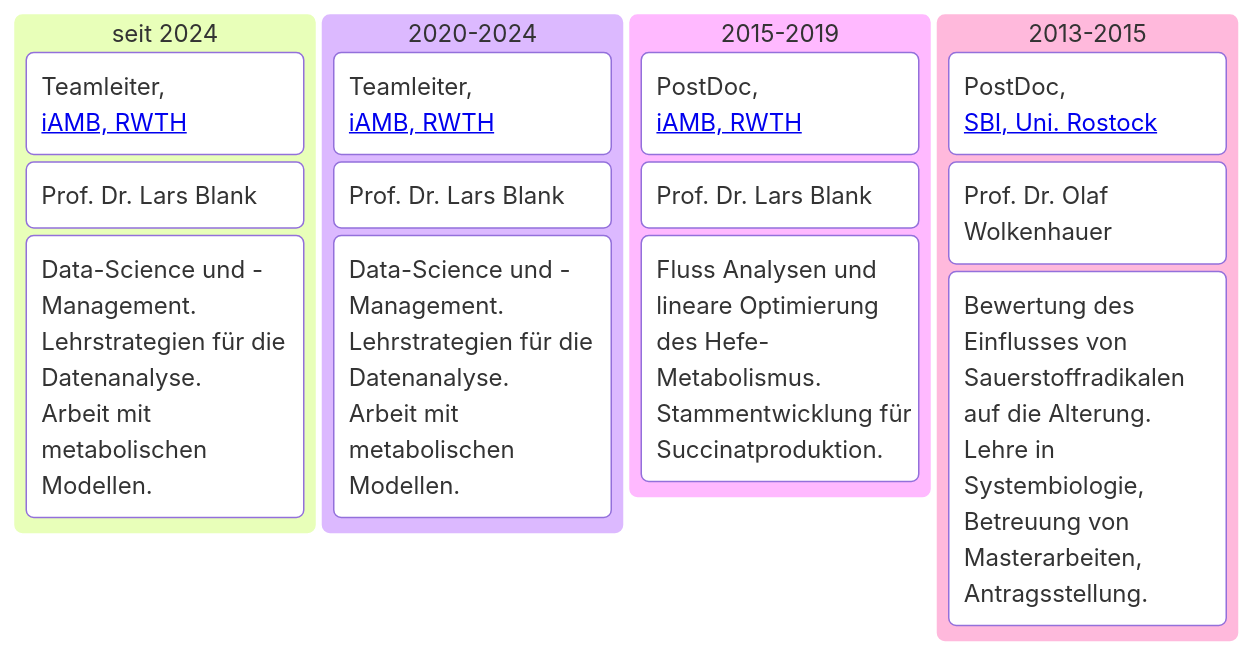
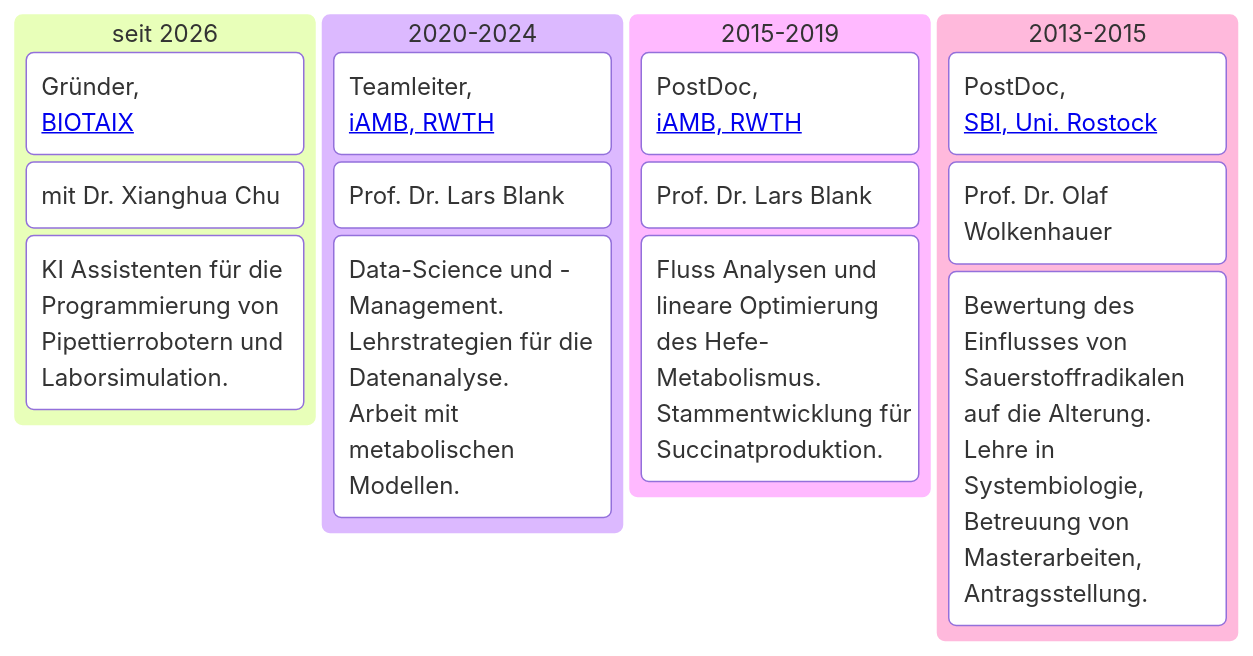
The first of 2 diagrams in _pages/vita.md (uliebal/uliebal.github.io), drawn with Mermaid before and after one commit. The commit also changed other lines of this file and 1 other file, not shown here.

Commit message:
vita +biotaix+photo

```diff
--- a/_pages/vita.md
+++ b/_pages/vita.md
@@ -116,19 +116,19 @@
 <pre class="mermaid">
 kanban
-    BIOTAIX["seit 2024"]
-        task1["Teamleiter,<br><a href="https://www.iamb.rwth-aachen.de/">iAMB, RWTH</a>"]
-        task2["Prof. Dr. Lars Blank"]
-        task3["Data-Science und -Management.<br>Lehrstrategien für die Datenanalyse.<br>Arbeit mit metabolischen Modellen."]
+    BIOTAIX["seit 2026"]
+        task1["Gründer,<br><a href="https://www.biotaix.com/">BIOTAIX</a>"]
+        task2["mit Dr. Xianghua Chu"]
+        task3["KI Assistenten für die Programmierung von Pipettierrobotern und Laborsimulation."]
     RWTH2["2020-2024"]
         task1["Teamleiter,<br><a href="https://www.iamb.rwth-aachen.de/">iAMB, RWTH</a>"]
         task2["Prof. Dr. Lars Blank"]
         task3["Data-Science und -Management.<br>Lehrstrategien für die Datenanalyse.<br>Arbeit mit metabolischen Modellen."]
     RWTH1["2015-2019"]
         task1["PostDoc,<br><a href="https://www.iamb.rwth-aachen.de/">iAMB, RWTH</a>"]
         task2["Prof. Dr. Lars Blank"]
         task3["Fluss Analysen und lineare Optimierung des Hefe-Metabolismus.<br>Stammentwicklung für Succinatproduktion."]
     SBI2["2013-2015"]
         task1["PostDoc,<br><a href="https://www.sbi.uni-rostock.de/">SBI, Uni. Rostock</a>"]
         task2["Prof. Dr. Olaf Wolkenhauer"]
         task3["Bewertung des Einflusses von Sauerstoffradikalen auf die Alterung.<br>Lehre in Systembiologie, Betreuung von Masterarbeiten, Antragsstellung."]
 </pre>
```
